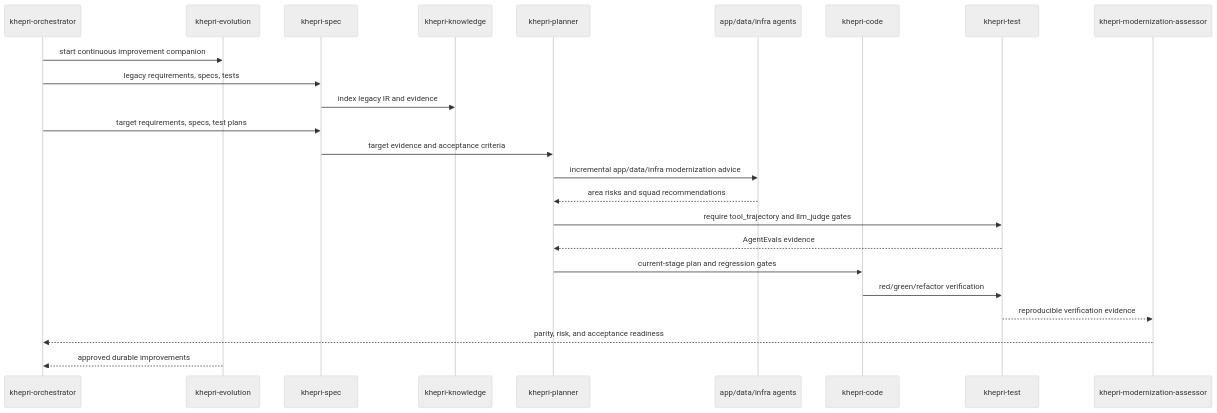
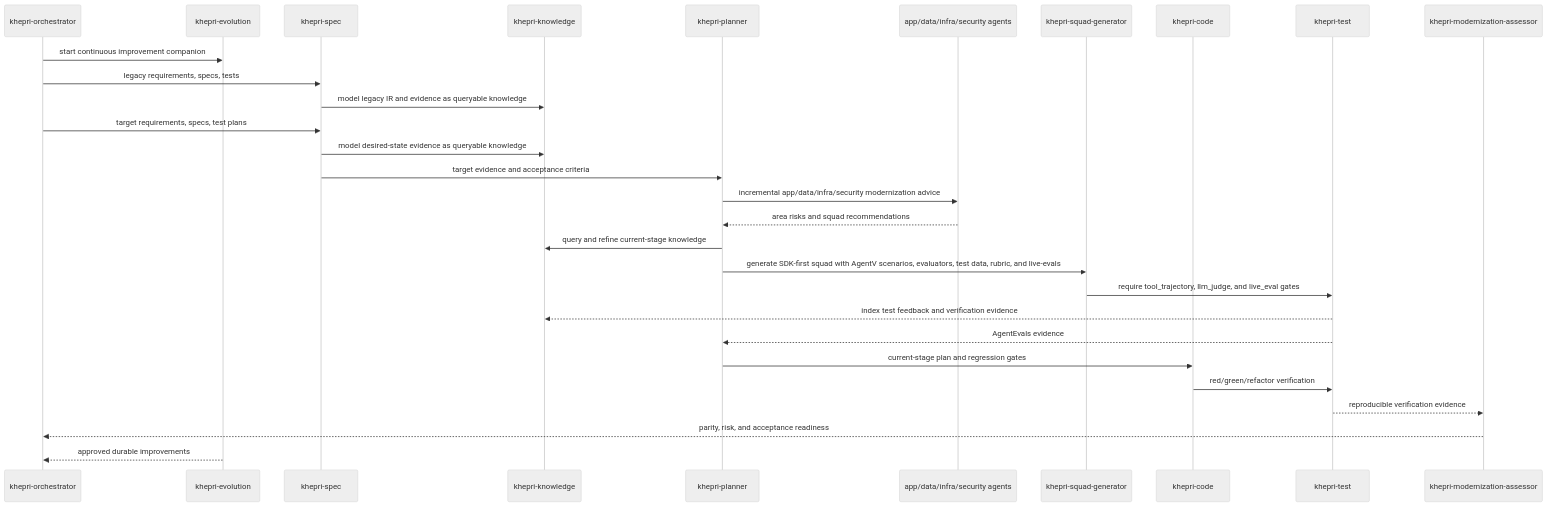
Before and after one commit to Tyler-R-Kendrick/project-khepri: the second of 3 diagrams in README.md, drawn with Mermaid (neutral theme). The commit also changed other lines of this file and 32 other files, not shown here.

First line of the commit message:
[codex] Add queryable knowledge and squad eval workflow

````diff
--- a/README.md
+++ b/README.md
@@ -43,27 +43,32 @@
 ```mermaid
 sequenceDiagram
     participant orch as khepri-orchestrator
     participant evo as khepri-evolution
     participant spec as khepri-spec
     participant know as khepri-knowledge
     participant plan as khepri-planner
-    participant area as app/data/infra agents
+    participant area as app/data/infra/security agents
+    participant gen as khepri-squad-generator
     participant code as khepri-code
     participant test as khepri-test
     participant assess as khepri-modernization-assessor
 
     orch->>evo: start continuous improvement companion
     orch->>spec: legacy requirements, specs, tests
-    spec->>know: index legacy IR and evidence
+    spec->>know: model legacy IR and evidence as queryable knowledge
     orch->>spec: target requirements, specs, test plans
+    spec->>know: model desired-state evidence as queryable knowledge
     spec->>plan: target evidence and acceptance criteria
-    plan->>area: incremental app/data/infra modernization advice
+    plan->>area: incremental app/data/infra/security modernization advice
     area-->>plan: area risks and squad recommendations
-    plan->>test: require tool_trajectory and llm_judge gates
+    plan->>know: query and refine current-stage knowledge
+    plan->>gen: generate SDK-first squad with AgentV scenarios, evaluators, test data, rubric, and live-evals
+    gen->>test: require tool_trajectory, llm_judge, and live_eval gates
+    test-->>know: index test feedback and verification evidence
     test-->>plan: AgentEvals evidence
     plan->>code: current-stage plan and regression gates
     code->>test: red/green/refactor verification
     test-->>assess: reproducible verification evidence
     assess-->>orch: parity, risk, and acceptance readiness
     evo-->>orch: approved durable improvements
 ```
````
